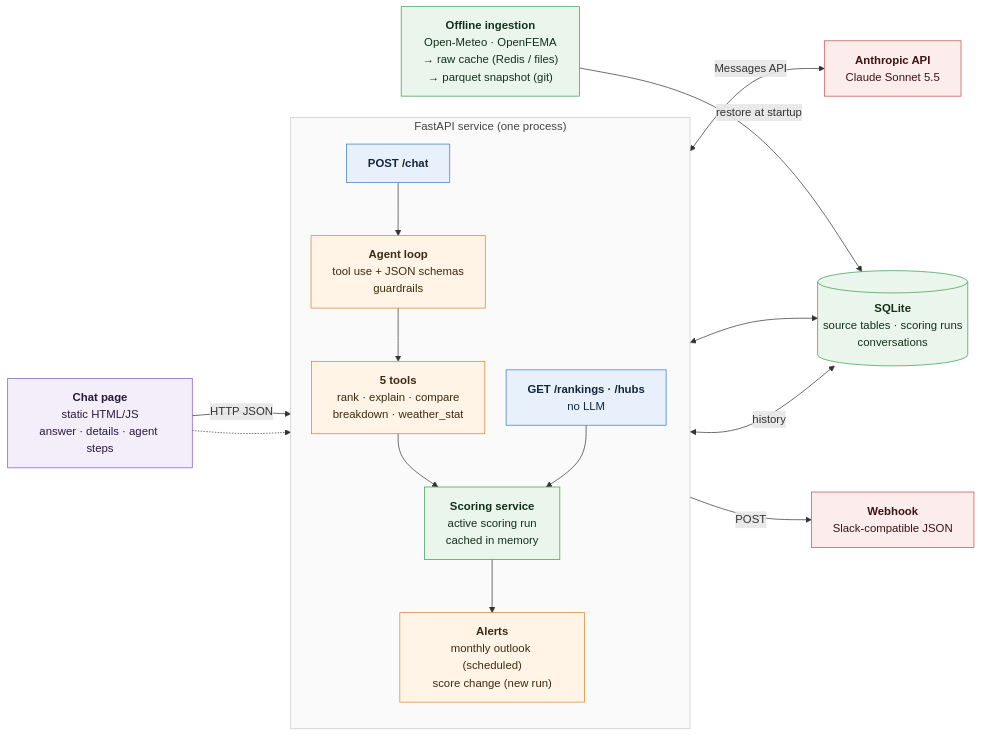
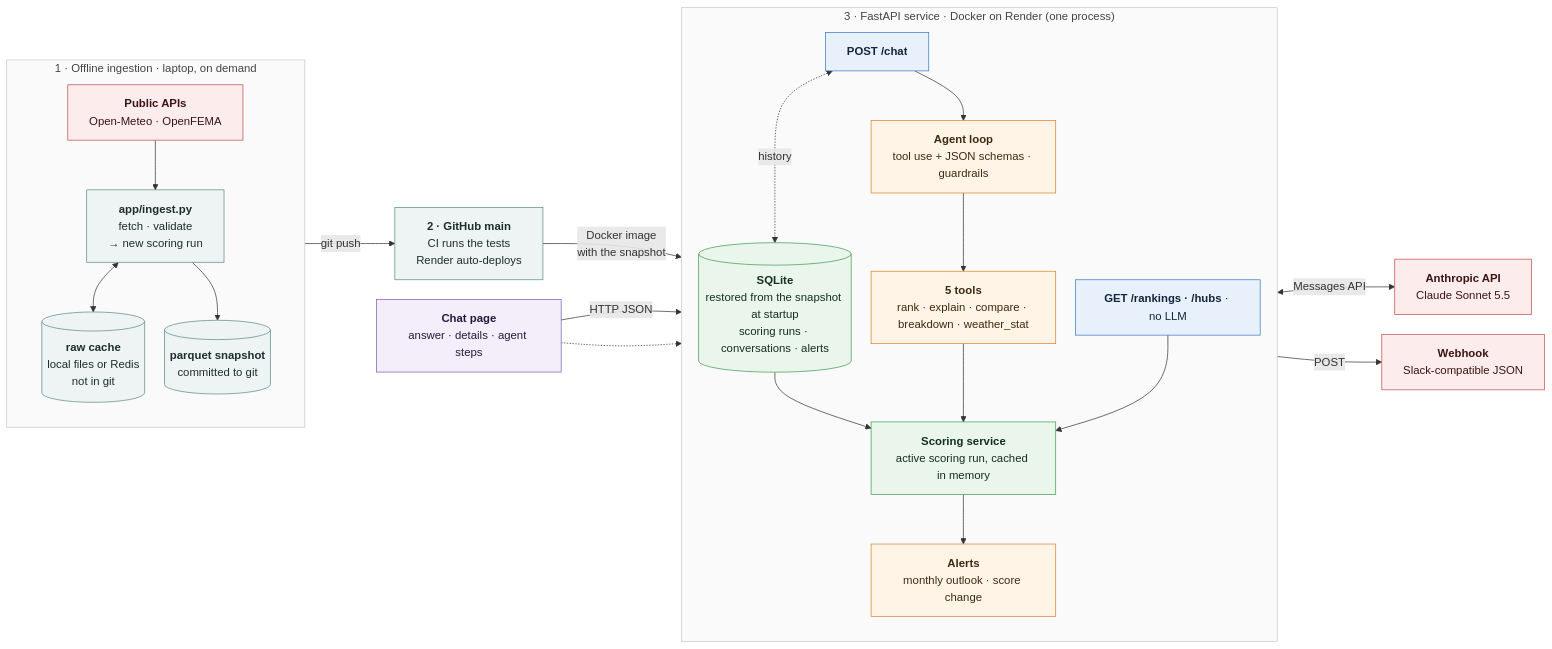
The diagram in README.md (Omer212111/Home-assignment-Moveo), drawn with Mermaid before and after one commit. The commit also changed other lines of this file and 2 other files, not shown here.

Commit message:
README: architecture diagram shows the data path (offline ingestion -> snapshot in git -> CI and Render -> startup scoring); when and why ingestion runs
Claude-Session: https://claude.ai/code/session_011hVRPXqiRTcMk6kbKtmVuh

````diff
--- a/README.md
+++ b/README.md
@@ -21,52 +21,64 @@
 ```mermaid
 ---
 config:
   flowchart:
     curve: basis
-    nodeSpacing: 30
-    rankSpacing: 50
+    nodeSpacing: 28
+    rankSpacing: 45
 ---
 flowchart LR
-    UI["<b>Chat page</b><br/>static HTML/JS<br/>answer · details · agent steps"]
+    subgraph OFF["1 · Offline ingestion · laptop, on demand"]
+        direction TB
+        APIS["<b>Public APIs</b><br/>Open-Meteo · OpenFEMA"]
+        ING["<b>app/ingest.py</b><br/>fetch · validate<br/>→ new scoring run"]
+        RAW[("<b>raw cache</b><br/>local files or Redis<br/>not in git")]
+        SNAP[("<b>parquet snapshot</b><br/>committed to git")]
+        APIS --> ING
+        ING <--> RAW
+        ING --> SNAP
+    end
 
-    subgraph SVC["FastAPI service (one process)"]
+    GIT["<b>2 · GitHub main</b><br/>CI runs the tests<br/>Render auto-deploys"]
+
+    subgraph SVC["3 · FastAPI service · Docker on Render (one process)"]
         direction TB
+        DB[("<b>SQLite</b><br/>restored from the snapshot at startup<br/>scoring runs · conversations · alerts")]
+        ENG["<b>Scoring service</b><br/>active scoring run, cached in memory"]
         CHAT["<b>POST /chat</b>"]
-        AGENT["<b>Agent loop</b><br/>tool use + JSON schemas<br/>guardrails"]
-        TOOLS["<b>5 tools</b><br/>rank · explain · compare<br/>breakdown · weather_stat"]
-        ENG["<b>Scoring service</b><br/>active scoring run<br/>cached in memory"]
-        REST["<b>GET /rankings · /hubs</b><br/>no LLM"]
-        ALERT["<b>Alerts</b><br/>monthly outlook (scheduled)<br/>score change (new run)"]
+        AGENT["<b>Agent loop</b><br/>tool use + JSON schemas · guardrails"]
+        TOOLS["<b>5 tools</b><br/>rank · explain · compare · breakdown · weather_stat"]
+        REST["<b>GET /rankings · /hubs</b> · no LLM"]
+        ALERT["<b>Alerts</b><br/>monthly outlook · score change"]
+        DB --> ENG
         CHAT --> AGENT --> TOOLS --> ENG
         REST --> ENG
         ENG --> ALERT
+        CHAT <-. "history" .-> DB
     end
 
+    UI["<b>Chat page</b><br/>answer · details · agent steps"]
     CLAUDE["<b>Anthropic API</b><br/>Claude Sonnet 5.5"]
-    DB[("<b>SQLite</b><br/>source tables · scoring runs<br/>conversations")]
-    BATCH["<b>Offline ingestion</b><br/>Open-Meteo · OpenFEMA<br/>→ raw cache (Redis / files)<br/>→ parquet snapshot (git)"]
+    HOOK["<b>Webhook</b><br/>Slack-compatible JSON"]
 
+    SNAP -- "git push" --> GIT
+    GIT -- "Docker image<br/>with the snapshot" --> DB
     UI -- "HTTP JSON" --> CHAT
     UI -.-> REST
     AGENT <-- "Messages API" --> CLAUDE
-    ENG <--> DB
-    CHAT <-- "history" --> DB
-    BATCH -- "restore at startup" --> DB
-    HOOK["<b>Webhook</b><br/>Slack-compatible JSON"]
     ALERT -- "POST" --> HOOK
 
     classDef client fill:#f3eefa,stroke:#7d5bb5,color:#271a3b
     classDef api fill:#e8f1fb,stroke:#3b78c3,color:#13263d
     classDef agent fill:#fff4e5,stroke:#d9822b,color:#3d2a12
-    classDef llm fill:#fdecec,stroke:#c0504d,color:#3b1414
+    classDef ext fill:#fdecec,stroke:#c0504d,color:#3b1414
     classDef eng fill:#eaf6ec,stroke:#3c9a52,color:#14301b
+    classDef batch fill:#eef3f3,stroke:#5b8a8a,color:#1d2e2e
     classDef group fill:#fafafa,stroke:#c8c8c8,color:#444
     class UI client
     class CHAT,REST api
-    class AGENT,TOOLS agent
-    class ALERT agent
-    class HOOK llm
-    class CLAUDE llm
-    class ENG,DB,BATCH eng
-    class SVC group
+    class AGENT,TOOLS,ALERT agent
+    class CLAUDE,HOOK,APIS ext
+    class ENG,DB eng
+    class ING,RAW,SNAP,GIT batch
+    class OFF,SVC group
 ```
````
